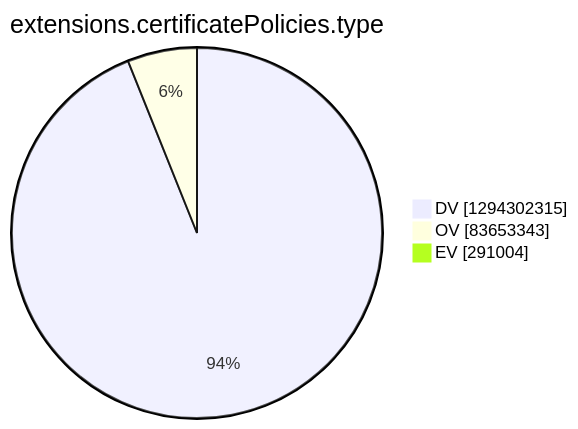
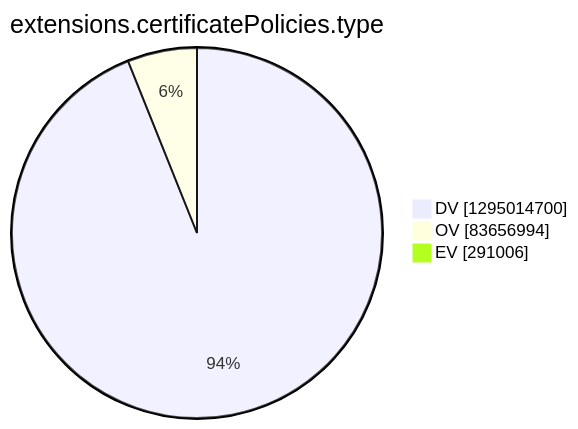
The tenth of 15 diagrams in argon2022/README.md (christiankrug/ctmonitor_visualization), drawn with Mermaid before and after one commit. The commit also changed other lines of this file, not shown here.

````diff
--- a/argon2022/README.md
+++ b/argon2022/README.md
@@ -2772,7 +2772,7 @@
 ```mermaid
 pie showData
 title extensions.certificatePolicies.type
-"DV" :1294302315
-"OV" :83653343
-"EV" :291004
+"DV" :1295014700
+"OV" :83656994
+"EV" :291006
 ```
````
